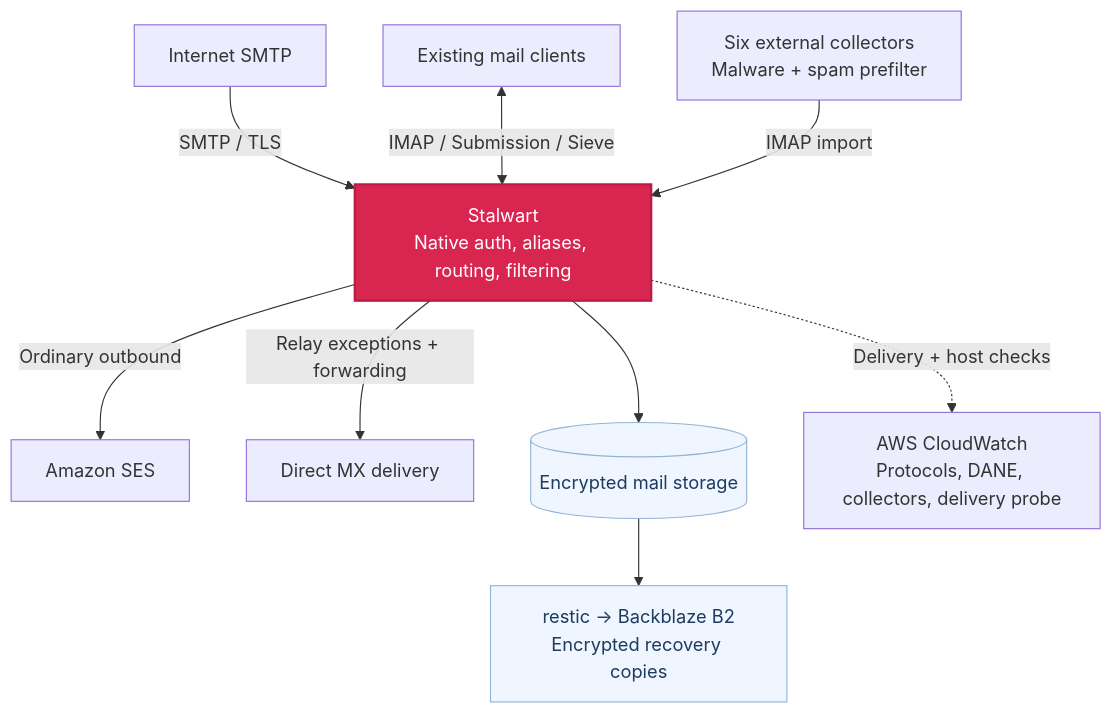
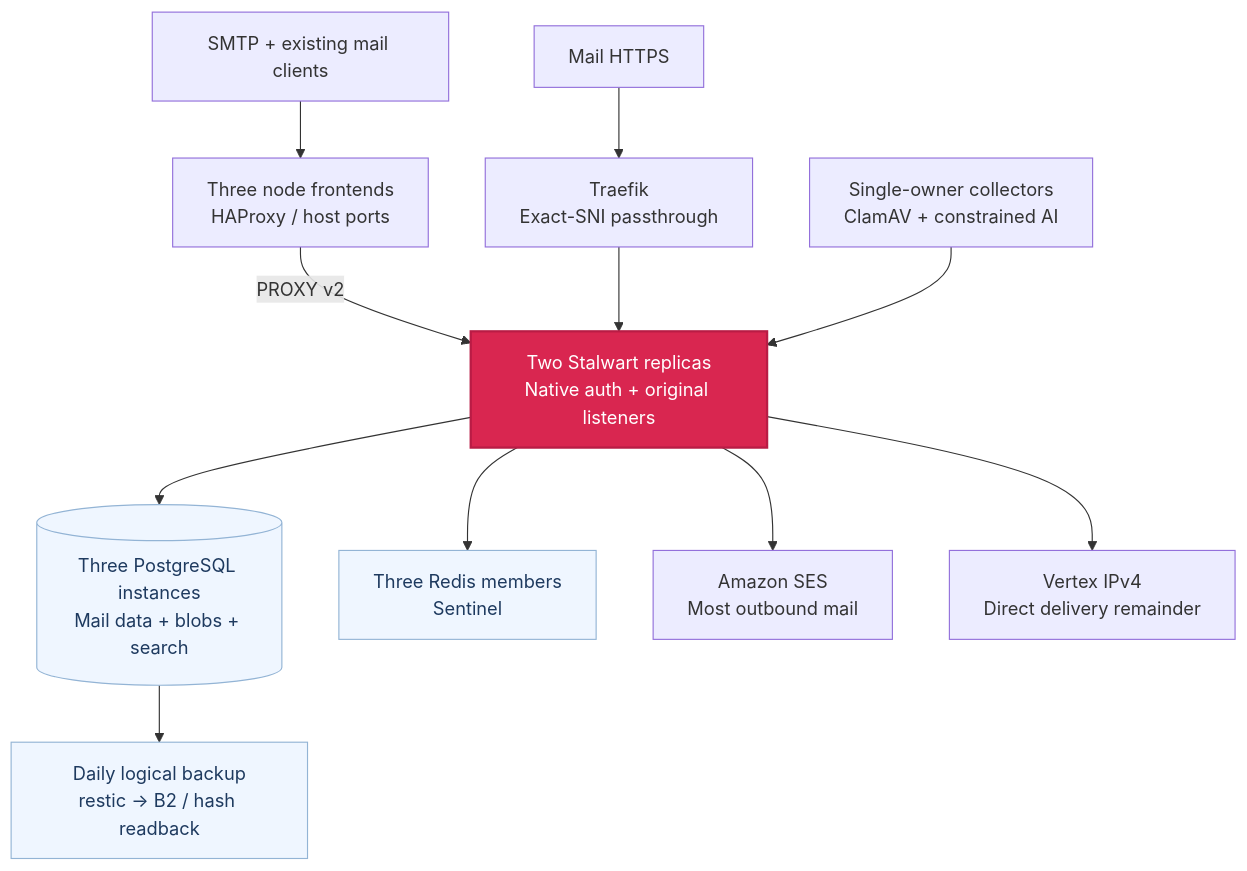
One commit to Paul1404/astro-portfolio changed the diagram in docs/diagrams/pdcd-mail/en-architecture.mmd. Above: the diagram before and after it, drawn with Mermaid. The commit also changed 20 other files, not shown here.

Commit message:
Document the Stalwart migration and shared mail architecture on Vertex

```diff
--- a/docs/diagrams/pdcd-mail/en-architecture.mmd
+++ b/docs/diagrams/pdcd-mail/en-architecture.mmd
@@ -1,17 +1,17 @@
 flowchart TB
-  accTitle: Production mail architecture
-  accDescr: Stalwart serves existing mail clients, receives SMTP and filtered collector imports, and routes outbound mail through SES or direct delivery. Encrypted storage is backed up to B2; host checks report to CloudWatch.
-  Incoming["Internet SMTP"] -->|SMTP / TLS| Core
-  Clients["Existing mail clients"] <-->|IMAP / Submission / Sieve| Core
-  Collectors["Six external collectors<br/>Malware + spam prefilter"] -->|IMAP import| Core
-  Core["Stalwart<br/>Native auth, aliases, routing, filtering"]:::core
-  Core -->|Ordinary outbound| SES["Amazon SES"]
-  Core -->|Relay exceptions + forwarding| Direct["Direct MX delivery"]
-  Core --> Store[("Encrypted mail storage")]:::store
-  Store --> Backup["restic → Backblaze B2<br/>Encrypted recovery copies"]:::store
-  Core -. Delivery + host checks .-> Monitor["AWS CloudWatch<br/>Protocols, DANE, collectors, delivery probe"]
+  accTitle: Mail architecture on Vertex
+  accDescr: Three HAProxy node frontends preserve client addresses and destination ports for two Stalwart replicas. PostgreSQL holds mail data; Redis Sentinel holds transient state. Collectors and helpers run on Vertex. Logical backups go to B2. Public SMTP reachability remains under independent verification.
+  Clients["SMTP + existing mail clients"] --> Edge["Three node frontends<br/>HAProxy / host ports"]
+  Edge -->|PROXY v2| Core["Two Stalwart replicas<br/>Native auth + original listeners"]:::core
+  Web["Mail HTTPS"] --> Traefik["Traefik<br/>Exact-SNI passthrough"] --> Core
+  Collect["Single-owner collectors<br/>ClamAV + constrained AI"] --> Core
+  Core --> DB[("Three PostgreSQL instances<br/>Mail data + blobs + search")]:::store
+  Core --> Redis["Three Redis members<br/>Sentinel"]:::store
+  DB --> Backup["Daily logical backup<br/>restic → B2 / hash readback"]:::store
+  Core --> SES["Amazon SES<br/>Most outbound mail"]
+  Core --> Direct["Vertex IPv4<br/>Direct delivery remainder"]
 
   classDef core fill:#d92650,color:#ffffff,stroke:#b91c45,stroke-width:2px
   classDef store fill:#eff6ff,color:#1e3a5f,stroke:#93b4d5
   classDef good fill:#ecfdf5,color:#14532d,stroke:#86b99e
   classDef warning fill:#fff1f2,color:#9f1239,stroke:#e8a3b4
```
